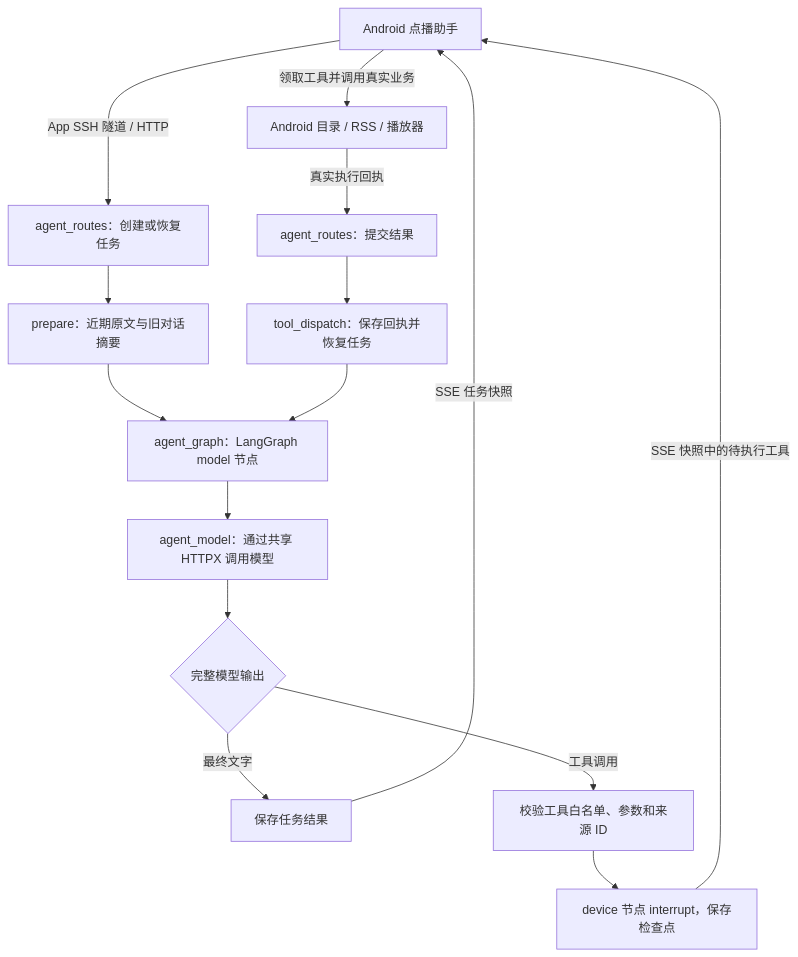
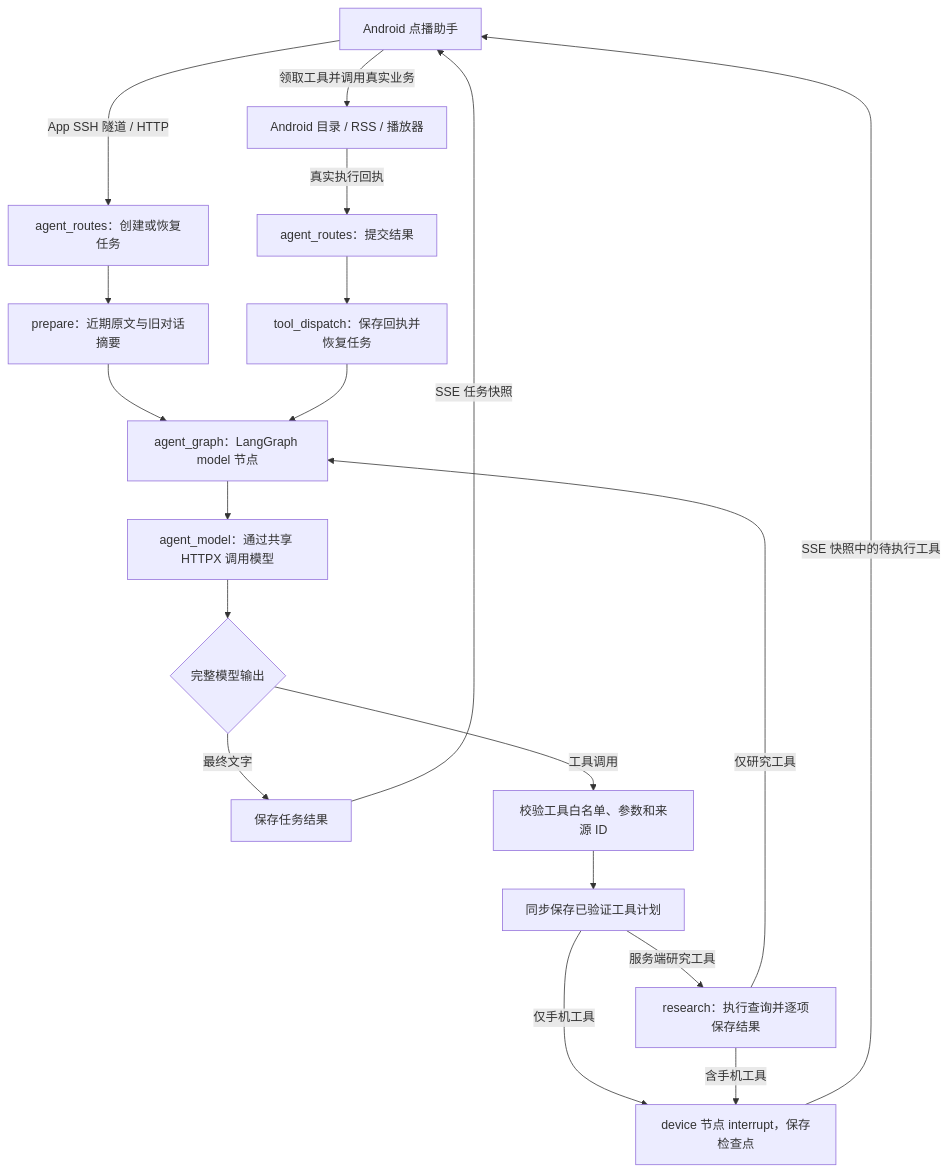
Before and after one commit to bililateral/MaoerLite: the diagram in README.md, drawn with Mermaid. The commit also changed other lines of this file, not shown here.

````diff
--- a/README.md
+++ b/README.md
@@ -340,17 +342,21 @@
 ```mermaid
 flowchart TD
     A[Android 点播助手] -->|App SSH 隧道 / HTTP| B[agent_routes：创建或恢复任务]
     B --> P[prepare：近期原文与旧对话摘要]
     P --> C[agent_graph：LangGraph model 节点]
     C --> D[agent_model：通过共享 HTTPX 调用模型]
     D --> E{完整模型输出}
     E -->|最终文字| F[保存任务结果]
     E -->|工具调用| G[校验工具白名单、参数和来源 ID]
-    G --> H[device 节点 interrupt，保存检查点]
+    G --> L[同步保存已验证工具计划]
+    L -->|服务端研究工具| R[research：执行查询并逐项保存结果]
+    L -->|仅手机工具| H[device 节点 interrupt，保存检查点]
+    R -->|含手机工具| H
+    R -->|仅研究工具| C
     H -->|SSE 快照中的待执行工具| A
     A -->|领取工具并调用真实业务| I[Android 目录 / RSS / 播放器]
     I -->|真实执行回执| J[agent_routes：提交结果]
     J --> K[tool_dispatch：保存回执并恢复任务]
     K --> C
     F -->|SSE 任务快照| A
 ```
````
